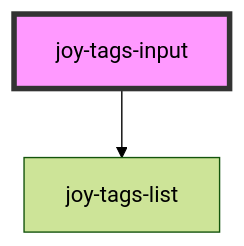
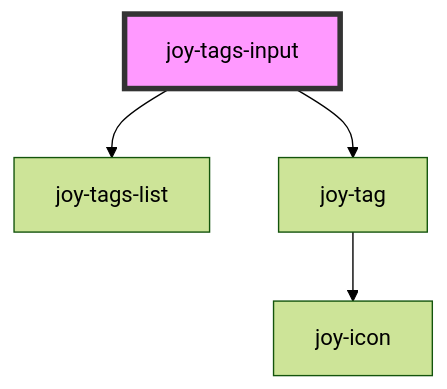
The diagram in core/src/components/tags-input/readme.md (Maltcommunity/joy), drawn with Mermaid (forest theme) before and after one commit. The commit also changed other lines of this file and 9 other files, not shown here.

````diff
--- a/core/src/components/tags-input/readme.md
+++ b/core/src/components/tags-input/readme.md
@@ -82,5 +83,7 @@
 ```mermaid
 graph TD;
   joy-tags-input --> joy-tags-list
+  joy-tags-input --> joy-tag
+  joy-tag --> joy-icon
   style joy-tags-input fill:#f9f,stroke:#333,stroke-width:4px
 ```
````
